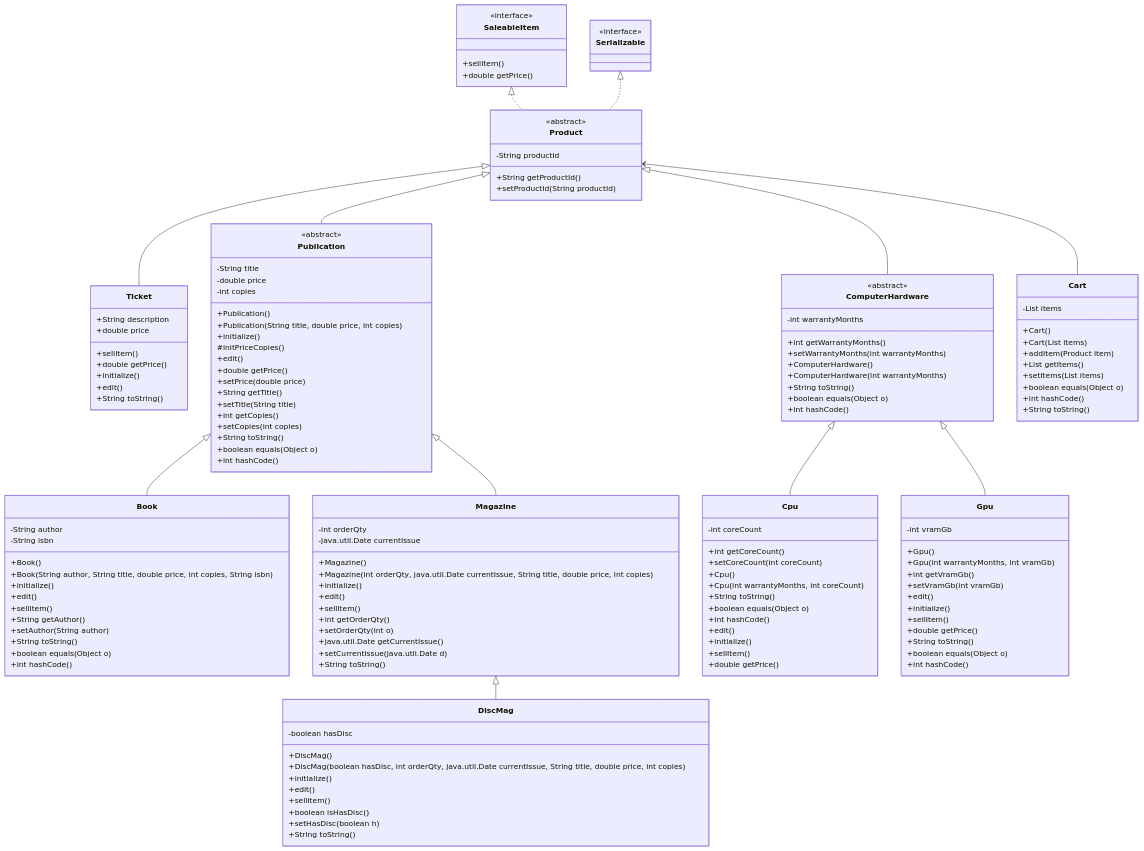
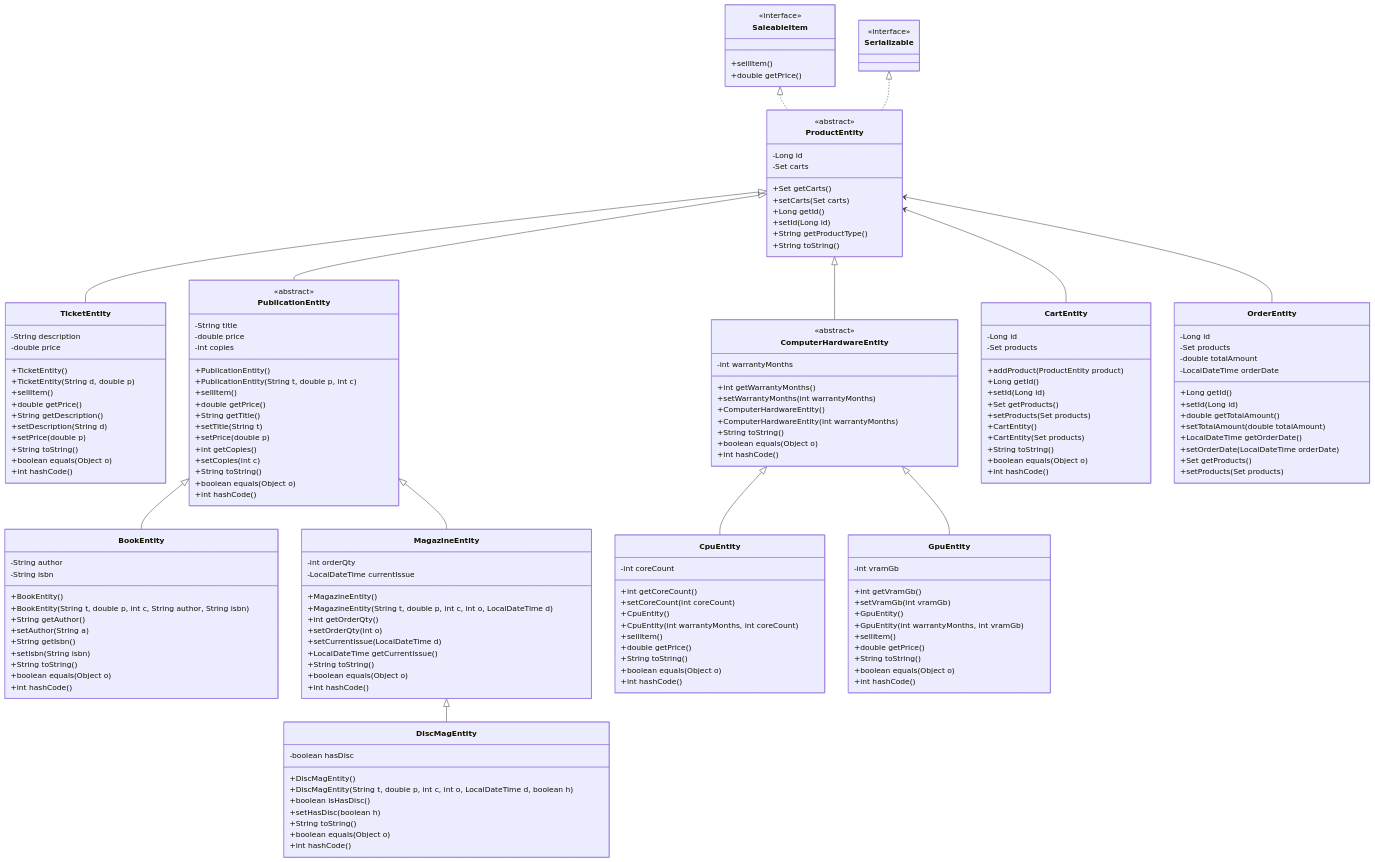
The diagram in documentation/bookstore.f25-2025-11-17-211001.mmd (Glynn494/csd230_w26.lab1.GlynnNelson), drawn with Mermaid before and after one commit. The commit also changed 15 other files, not shown here.

```diff
--- a/documentation/bookstore.f25-2025-11-17-211001.mmd
+++ b/documentation/bookstore.f25-2025-11-17-211001.mmd
@@ -1,145 +1,164 @@
 classDiagram
-    Product <|--Ticket
-    Product <|--Publication
-    Publication <|-- Book
-    Publication <|-- Magazine
-    Magazine <|-- DiscMag
-    SaleableItem <|.. Product
-    Serializable <|.. Product
-    Product <|-- ComputerHardware
-    ComputerHardware <|-- Cpu
-    ComputerHardware <|-- Gpu
-    Product <-- Cart
+    ProductEntity <|-- TicketEntity
+    ProductEntity <|-- PublicationEntity
+    PublicationEntity <|-- BookEntity
+    PublicationEntity <|-- MagazineEntity
+    MagazineEntity <|-- DiscMagEntity
+    SaleableItem <|.. ProductEntity
+    Serializable <|.. ProductEntity
+    ProductEntity <|-- ComputerHardwareEntity
+    ComputerHardwareEntity <|-- CpuEntity
+    ComputerHardwareEntity <|-- GpuEntity
+    ProductEntity <-- CartEntity
+    ProductEntity <-- OrderEntity
 
-    class Cart {
-        -List<Product> items
-        +Cart()
-        +Cart(List<Product> items)
-        +addItem(Product item)
-        +List<Product> getItems()
-        +setItems(List<Product> items)
+    class CartEntity {
+        -Long id
+        -Set<ProductEntity> products
+        +addProduct(ProductEntity product)
+        +Long getId()
+        +setId(Long id)
+        +Set<ProductEntity> getProducts()
+        +setProducts(Set<ProductEntity> products)
+        +CartEntity()
+        +CartEntity(Set<ProductEntity> products)
+        +String toString()
         +boolean equals(Object o)
         +int hashCode()
+    }
+    class ProductEntity{
+        <<abstract>>
+        -Long id
+        -Set<CartEntity> carts
+        +Set<CartEntity> getCarts()
+        +setCarts(Set<CartEntity> carts)
+        +Long getId()
+        +setId(Long id)
+        +String getProductType()
         +String toString()
-    }
-    class Product{
-        <<abstract>>
-        -String productId
-        +String getProductId()
-        +setProductId(String productId)
     }
     class Serializable{
         <<interface>>
     }
-    class Ticket{
-        +String description
-        +double price
+    class TicketEntity{
+        -String description
+        -double price
+        +TicketEntity()
+        +TicketEntity(String d, double p)
         +sellItem()
         +double getPrice()
-        +initialize()
-        +edit()
+        +String getDescription()
+        +setDescription(String d)
+        +setPrice(double p)
         +String toString()
+        +boolean equals(Object o)
+        +int hashCode()
     }
-    class Publication{
+    class PublicationEntity{
         <<abstract>>
         -String title
         -double price
         -int copies
-        +Publication()
-        +Publication(String title, double price, int copies)
-        +initialize()
-        #initPriceCopies()
-        +edit()
+        +PublicationEntity()
+        +PublicationEntity(String t, double p, int c)
+        +sellItem()
         +double getPrice()
-        +setPrice(double price)
         +String getTitle()
-        +setTitle(String title)
+        +setTitle(String t)
+        +setPrice(double p)
         +int getCopies()
-        +setCopies(int copies)
+        +setCopies(int c)
         +String toString()
         +boolean equals(Object o)
         +int hashCode()
     }
-    class Book{
+    class BookEntity{
         -String author
         -String isbn
-        +Book()
-        +Book(String author, String title, double price, int copies, String isbn)
-        +initialize()
-        +edit()
-        +sellItem()
+        +BookEntity()
+        +BookEntity(String t, double p, int c, String author, String isbn)
         +String getAuthor()
-        +setAuthor(String author)
+        +setAuthor(String a)
+        +String getIsbn()
+        +setIsbn(String isbn)
         +String toString()
         +boolean equals(Object o)
         +int hashCode()
     }
-    class Magazine{
+    class MagazineEntity{
         -int orderQty
-        -java.util.Date currentIssue
-        +Magazine()
-        +Magazine(int orderQty, java.util.Date currentIssue, String title, double price, int copies)
-        +initialize()
-        +edit()
-        +sellItem()
+        -LocalDateTime currentIssue
+        +MagazineEntity()
+        +MagazineEntity(String t, double p, int c, int o, LocalDateTime d)
         +int getOrderQty()
         +setOrderQty(int o)
-        +java.util.Date getCurrentIssue()
-        +setCurrentIssue(java.util.Date d)
+        +setCurrentIssue(LocalDateTime d)
+        +LocalDateTime getCurrentIssue()
         +String toString()
+        +boolean equals(Object o)
+        +int hashCode()
     }
-    class DiscMag{
+    class DiscMagEntity{
         -boolean hasDisc
-        +DiscMag()
-        +DiscMag(boolean hasDisc, int orderQty, java.util.Date currentIssue, String title, double price, int copies)
-        +initialize()
-        +edit()
-        +sellItem()
+        +DiscMagEntity()
+        +DiscMagEntity(String t, double p, int c, int o, LocalDateTime d, boolean h)
         +boolean isHasDisc()
         +setHasDisc(boolean h)
         +String toString()
+        +boolean equals(Object o)
+        +int hashCode()
     }
-    class SaleableItem {
+    class SaleableItem{
         <<interface>>
         +sellItem()
         +double getPrice()
     }
-    class ComputerHardware {
+    class ComputerHardwareEntity{
         <<abstract>>
         -int warrantyMonths
         +int getWarrantyMonths()
         +setWarrantyMonths(int warrantyMonths)
-        +ComputerHardware()
-        +ComputerHardware(int warrantyMonths)
+        +ComputerHardwareEntity()
+        +ComputerHardwareEntity(int warrantyMonths)
         +String toString()
         +boolean equals(Object o)
         +int hashCode()
     }
-    class Cpu {
+    class CpuEntity{
         -int coreCount
         +int getCoreCount()
         +setCoreCount(int coreCount)
-        +Cpu()
-        +Cpu(int warrantyMonths, int coreCount)
-        +String toString()
-        +boolean equals(Object o)
-        +int hashCode()
-        +edit()
-        +initialize()
-        +sellItem()
-        +double getPrice()
-    }
-    class Gpu {
-        -int vramGb
-        +Gpu()
-        +Gpu(int warrantyMonths, int vramGb)
-        +int getVramGb()
-        +setVramGb(int vramGb)
-        +edit()
-        +initialize()
+        +CpuEntity()
+        +CpuEntity(int warrantyMonths, int coreCount)
         +sellItem()
         +double getPrice()
         +String toString()
         +boolean equals(Object o)
         +int hashCode()
     }
+    class GpuEntity{
+        -int vramGb
+        +int getVramGb()
+        +setVramGb(int vramGb)
+        +GpuEntity()
+        +GpuEntity(int warrantyMonths, int vramGb)
+        +sellItem()
+        +double getPrice()
+        +String toString()
+        +boolean equals(Object o)
+        +int hashCode()
+    }
+    class OrderEntity{
+        -Long id
+        -Set<ProductEntity> products
+        -double totalAmount
+        -LocalDateTime orderDate
+        +Long getId()
+        +setId(Long id)
+        +double getTotalAmount()
+        +setTotalAmount(double totalAmount)
+        +LocalDateTime getOrderDate()
+        +setOrderDate(LocalDateTime orderDate)
+        +Set<ProductEntity> getProducts()
+        +setProducts(Set<ProductEntity> products)
+    }
```
